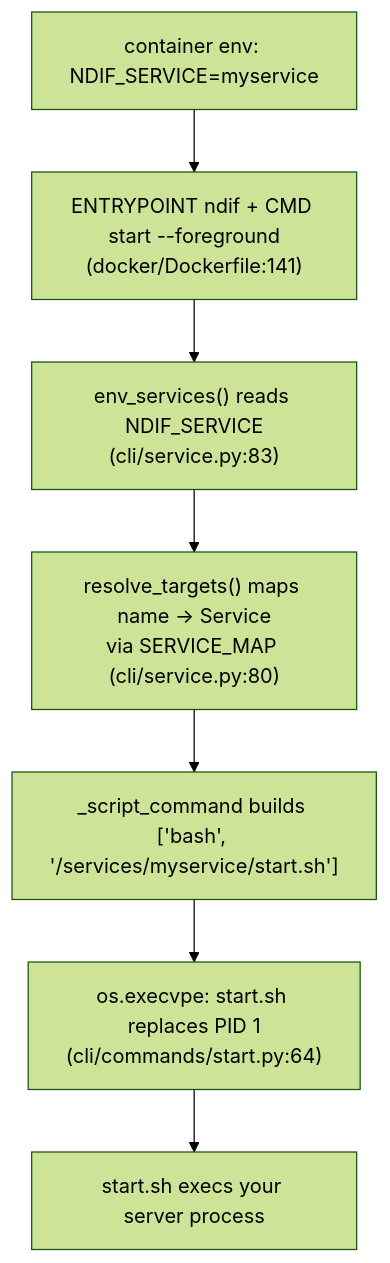
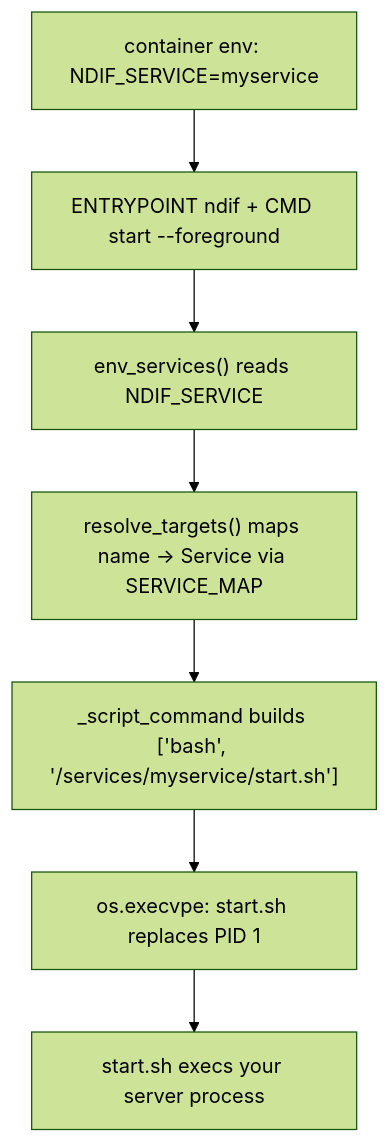
Before and after one commit to ndif-team/ndif: the diagram in docs/developing/adding-a-service.md, drawn with Mermaid (forest theme). The commit also changed other lines of this file and 19 other files, not shown here.

````diff
--- a/docs/developing/adding-a-service.md
+++ b/docs/developing/adding-a-service.md
@@ -28,9 +25,9 @@
 ```mermaid
 flowchart TB
-    A["container env: NDIF_SERVICE=myservice"] --> B["ENTRYPOINT ndif + CMD start --foreground<br/>(docker/Dockerfile:141)"]
-    B --> C["env_services() reads NDIF_SERVICE<br/>(cli/service.py:83)"]
-    C --> D["resolve_targets() maps name -> Service<br/>via SERVICE_MAP (cli/service.py:80)"]
+    A["container env: NDIF_SERVICE=myservice"] --> B["ENTRYPOINT ndif + CMD start --foreground"]
+    B --> C["env_services() reads NDIF_SERVICE"]
+    C --> D["resolve_targets() maps name -> Service via SERVICE_MAP"]
     D --> E["_script_command builds ['bash', '<pkg>/services/myservice/start.sh']"]
-    E --> F["os.execvpe: start.sh replaces PID 1<br/>(cli/commands/start.py:64)"]
+    E --> F["os.execvpe: start.sh replaces PID 1"]
     F --> G["start.sh execs your server process"]
 ```
````
